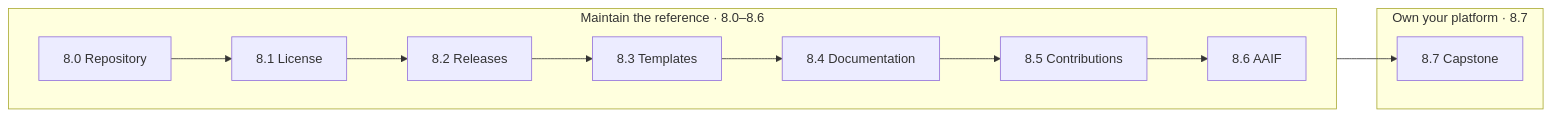
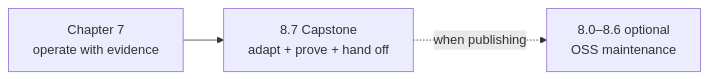
One commit to LuiGGi629/agentops-open-course changed the diagram in docs/8. Community/index.md. Above: the diagram before and after it, drawn with Mermaid. The commit also changed other lines of this file and 121 other files, not shown here.

````diff
--- a/docs/8. Community/index.md
+++ b/docs/8. Community/index.md
@@ -31,11 +21,5 @@
-    ```mermaid
-    flowchart LR
-        subgraph maintain["Maintain the reference · 8.0–8.6"]
-            direction LR
-            Repo["8.0 Repository"] --> Lic["8.1 License"] --> Rel["8.2 Releases"] --> Tmpl["8.3 Templates"] --> Doc["8.4 Documentation"] --> Con["8.5 Contributions"] --> Aaif["8.6 AAIF"]
-        end
-        subgraph own["Own your platform · 8.7"]
-            Cap["8.7 Capstone"]
-        end
-        Aaif --> Cap
-    ```
+```mermaid
+flowchart LR
+    Ops["Chapter 7<br/>operate with evidence"] --> Cap["8.7 Capstone<br/>adapt + prove + hand off"]
+    Cap -.when publishing.-> Maint["8.0–8.6 optional<br/>OSS maintenance"]
+```
````
